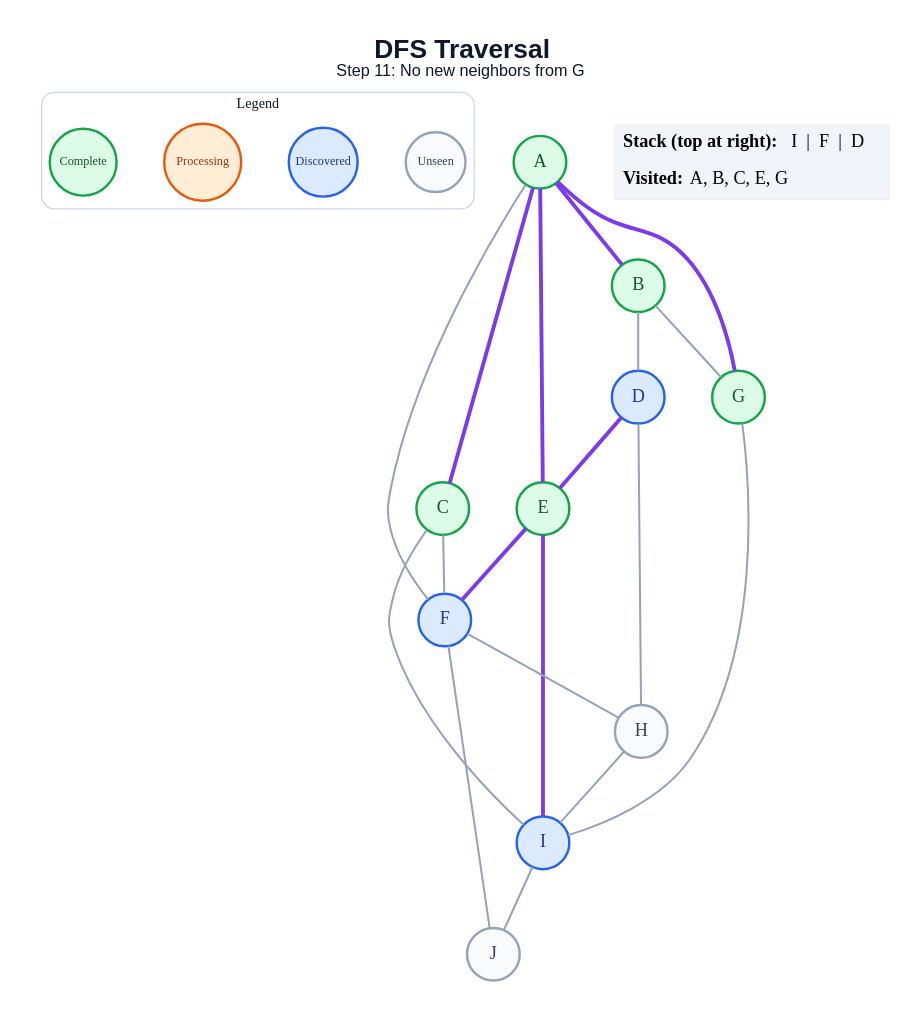
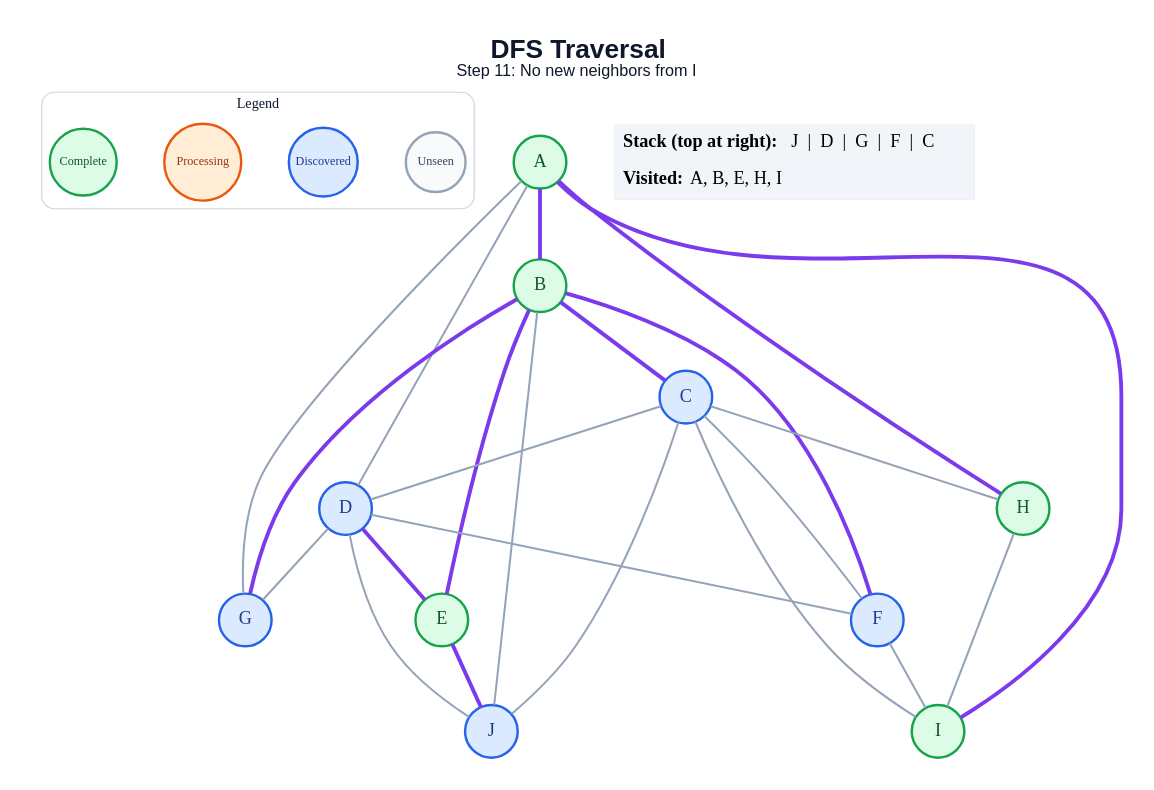
The diagram in generated/specific-node/dfs/step_11.dot (amanghodawala9/ai-slop), drawn with Graphviz before and after one commit. The commit also changed 178 other files, not shown here.

```diff
--- a/generated/specific-node/dfs/step_11.dot
+++ b/generated/specific-node/dfs/step_11.dot
@@ -1,47 +1,51 @@
 graph traversal {
   graph [layout=dot, rankdir=TB, bgcolor="#FFFFFF", pad="0.35", nodesep="0.65", ranksep="0.8", fontname="Arial"];
   node [shape=circle, style="filled", fontname="Arial Bold", fontsize=18, width=0.72, fixedsize=true, penwidth=2.4];
   edge [color="#94A3B8", penwidth=2.0];
-  label=<<B>DFS Traversal</B><BR/><FONT POINT-SIZE="16">Step 11: No new neighbors from G</FONT>>; labelloc="t"; fontsize=26; fontname="Arial"; fontcolor="#0F172A";
+  label=<<B>DFS Traversal</B><BR/><FONT POINT-SIZE="16">Step 11: No new neighbors from I</FONT>>; labelloc="t"; fontsize=26; fontname="Arial"; fontcolor="#0F172A";
   subgraph cluster_legend { label="Legend"; color="#CBD5E1"; penwidth=1.2; style="rounded"; fontsize=14; fontname="Arial Bold";
     key_unseen [label="Unseen", fillcolor="#F8FAFC", color="#94A3B8", fontcolor="#334155", fontsize=12, width=0.82];
     key_frontier [label="Discovered", fillcolor="#DBEAFE", color="#2563EB", fontcolor="#1E3A8A", fontsize=12, width=0.95];
     key_current [label="Processing", fillcolor="#FFEDD5", color="#EA580C", fontcolor="#9A3412", fontsize=12, width=1.05];
     key_done [label="Complete", fillcolor="#DCFCE7", color="#16A34A", fontcolor="#14532D", fontsize=12, width=0.92];
     { rank=same; key_unseen; key_frontier; key_current; key_done; }
   }
   A [fillcolor="#DCFCE7", color="#16A34A", fontcolor="#14532D"];
   B [fillcolor="#DCFCE7", color="#16A34A", fontcolor="#14532D"];
-  C [fillcolor="#DCFCE7", color="#16A34A", fontcolor="#14532D"];
+  C [fillcolor="#DBEAFE", color="#2563EB", fontcolor="#1E3A8A"];
   D [fillcolor="#DBEAFE", color="#2563EB", fontcolor="#1E3A8A"];
   E [fillcolor="#DCFCE7", color="#16A34A", fontcolor="#14532D"];
   F [fillcolor="#DBEAFE", color="#2563EB", fontcolor="#1E3A8A"];
-  G [fillcolor="#DCFCE7", color="#16A34A", fontcolor="#14532D"];
-  H [fillcolor="#F8FAFC", color="#94A3B8", fontcolor="#334155"];
-  I [fillcolor="#DBEAFE", color="#2563EB", fontcolor="#1E3A8A"];
-  J [fillcolor="#F8FAFC", color="#94A3B8", fontcolor="#334155"];
+  G [fillcolor="#DBEAFE", color="#2563EB", fontcolor="#1E3A8A"];
+  H [fillcolor="#DCFCE7", color="#16A34A", fontcolor="#14532D"];
+  I [fillcolor="#DCFCE7", color="#16A34A", fontcolor="#14532D"];
+  J [fillcolor="#DBEAFE", color="#2563EB", fontcolor="#1E3A8A"];
   A -- B [color="#7C3AED", penwidth=3.8];
-  A -- C [color="#7C3AED", penwidth=3.8];
-  A -- E [color="#7C3AED", penwidth=3.8];
-  A -- F;
-  A -- G [color="#7C3AED", penwidth=3.8];
-  B -- D;
-  B -- G;
+  A -- D;
+  A -- G;
+  A -- H [color="#7C3AED", penwidth=3.8];
+  A -- I [color="#7C3AED", penwidth=3.8];
+  B -- C [color="#7C3AED", penwidth=3.8];
+  B -- E [color="#7C3AED", penwidth=3.8];
+  B -- F [color="#7C3AED", penwidth=3.8];
+  B -- G [color="#7C3AED", penwidth=3.8];
+  B -- J;
+  C -- D;
   C -- F;
+  C -- H;
   C -- I;
+  C -- J;
   D -- E [color="#7C3AED", penwidth=3.8];
-  D -- H;
-  E -- F [color="#7C3AED", penwidth=3.8];
-  E -- I [color="#7C3AED", penwidth=3.8];
-  F -- H;
-  F -- J;
-  G -- I;
+  D -- F;
+  D -- G;
+  D -- J;
+  E -- J [color="#7C3AED", penwidth=3.8];
+  F -- I;
   H -- I;
-  I -- J;
   status [shape=plain, fixedsize=false, width=0, height=0, margin=0, label=<
     <TABLE BORDER="0" CELLBORDER="0" CELLPADDING="7" BGCOLOR="#F1F5F9">
-      <TR><TD ALIGN="LEFT"><B>Stack (top at right):</B> I  |  F  |  D</TD></TR>
-      <TR><TD ALIGN="LEFT"><B>Visited:</B> A, B, C, E, G</TD></TR>
+      <TR><TD ALIGN="LEFT"><B>Stack (top at right):</B> J  |  D  |  G  |  F  |  C</TD></TR>
+      <TR><TD ALIGN="LEFT"><B>Visited:</B> A, B, E, H, I</TD></TR>
     </TABLE>
   >];
 }
```
